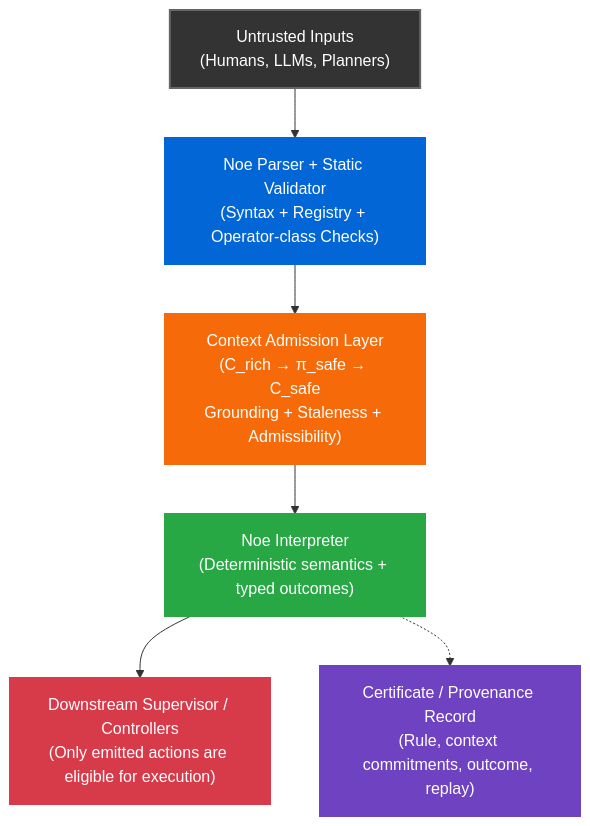
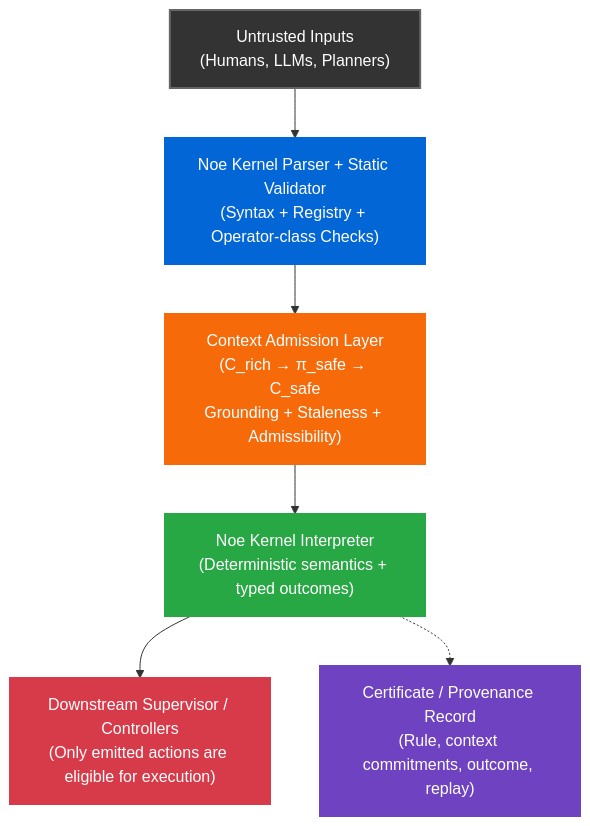
Before and after one commit to noe-protocol/noe-gate: the diagram in README.md, drawn with Mermaid. The commit also changed other lines of this file, not shown here.

````diff
--- a/README.md
+++ b/README.md
@@ -508,15 +508,15 @@
 ```mermaid
 flowchart TD
-    A["Untrusted Inputs<br/>(Humans, LLMs, Planners)"] --> B["Noe Parser + Static Validator<br/>(Syntax + Registry + Operator-class Checks)"]
+    A["Untrusted Inputs<br/>(Humans, LLMs, Planners)"] --> B["Noe Kernel Parser + Static Validator<br/>(Syntax + Registry + Operator-class Checks)"]
     B --> C["Context Admission Layer<br/>(C_rich → π_safe → C_safe<br/>Grounding + Staleness + Admissibility)"]
-    C --> D["Noe Interpreter<br/>(Deterministic semantics + typed outcomes)"]
+    C --> D["Noe Kernel Interpreter<br/>(Deterministic semantics + typed outcomes)"]
     D --> E["Downstream Supervisor / Controllers<br/>(Only emitted actions are eligible for execution)"]
     D -.-> F["Certificate / Provenance Record<br/>(Rule, context commitments, outcome, replay)"]
 
     style A fill:#333,stroke:#666,stroke-width:2px,color:#fff
     style B fill:#0366d6,stroke:#0366d6,stroke-width:2px,color:#fff
     style C fill:#f66a0a,stroke:#f66a0a,stroke-width:2px,color:#fff
     style D fill:#28a745,stroke:#28a745,stroke-width:2px,color:#fff
     style E fill:#d73a49,stroke:#d73a49,stroke-width:2px,color:#fff
     style F fill:#6f42c1,stroke:#6f42c1,stroke-width:2px,color:#fff
 ```
````
